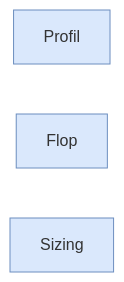
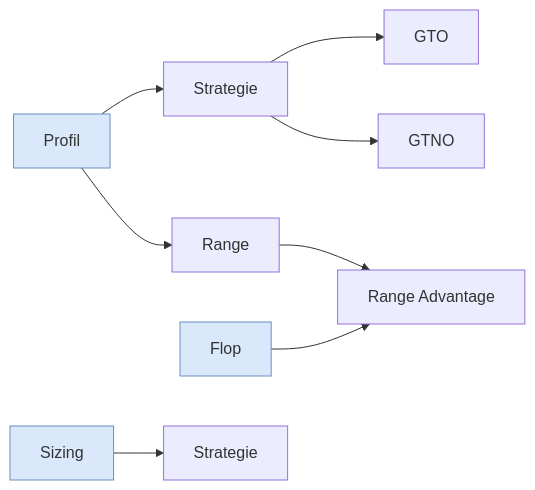
One commit to greglejeune/blog changed the diagram in _posts/2020-01-23-thinking-process.md. Above: the diagram before and after it, drawn with Mermaid.

```diff
--- a/_posts/2020-01-23-thinking-process.md
+++ b/_posts/2020-01-23-thinking-process.md
@@ -20,9 +20,13 @@
   <div class="mermaid">
     graph LR
-      Profil
-      Flop
-      Sizing
+      Profil --> Strategie
+      Strategie --> GTO
+      Strategie --> GTNO
+      Profil --> Range
+      Range --> R[Range Advantage]
+      Flop --> R[Range Advantage]
+      Sizing --> S[Strategie]
       style Profil fill:#dae8fc,stroke:#6c8ebf,stroke-width:1px
       style Flop fill:#dae8fc,stroke:#6c8ebf,stroke-width:1px
       style Sizing fill:#dae8fc,stroke:#6c8ebf,stroke-width:1px
   </div>
```
